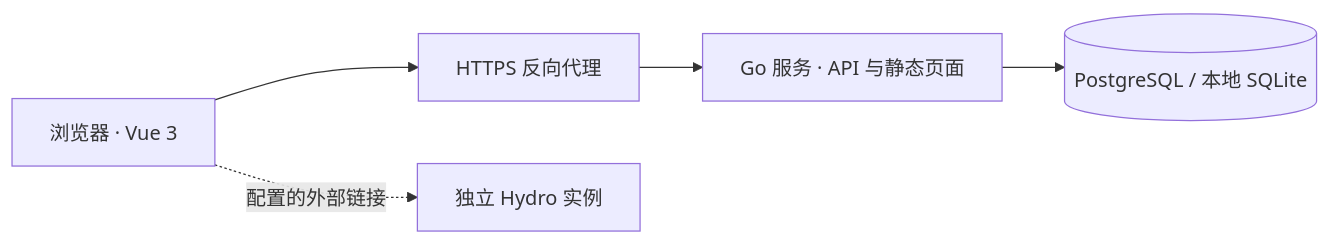
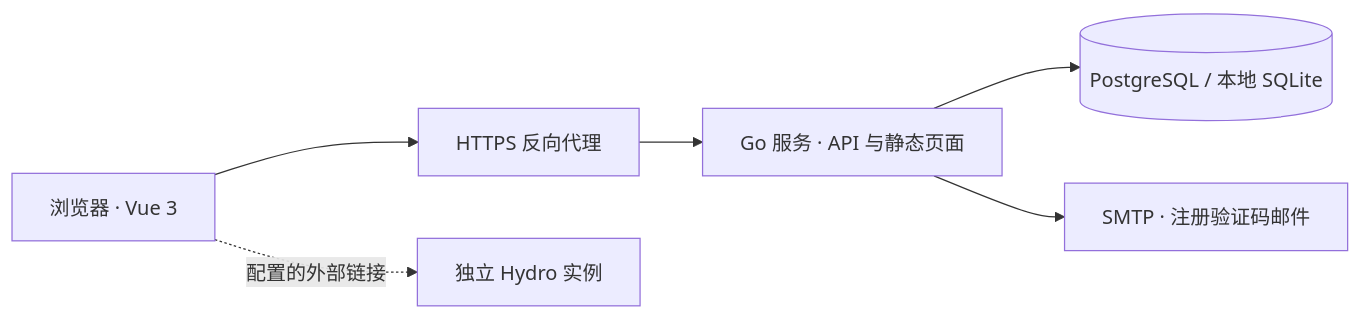
Before and after one commit to goldenfishs/MR_system: the diagram in docs/architecture.md, drawn with Mermaid. The commit also changed other lines of this file and 21 other files, not shown here.

````diff
--- a/docs/architecture.md
+++ b/docs/architecture.md
@@ -5,7 +5,8 @@
 ```mermaid
 flowchart LR
   Browser[浏览器 · Vue 3] --> Proxy[HTTPS 反向代理]
   Proxy --> App[Go 服务 · API 与静态页面]
   App --> DB[(PostgreSQL / 本地 SQLite)]
+  App --> SMTP[SMTP · 注册验证码邮件]
   Browser -.配置的外部链接.-> Hydro[独立 Hydro 实例]
 ```
````
